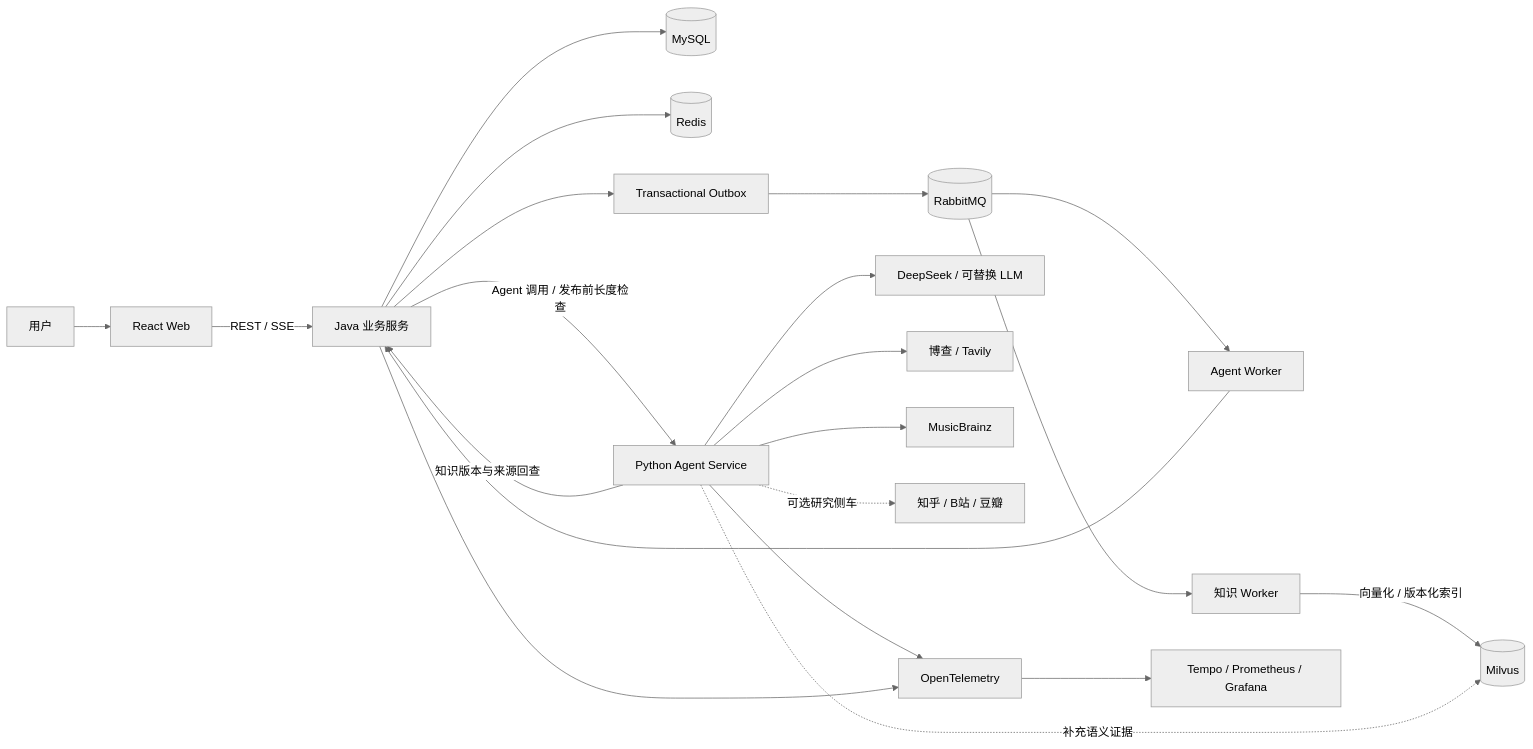
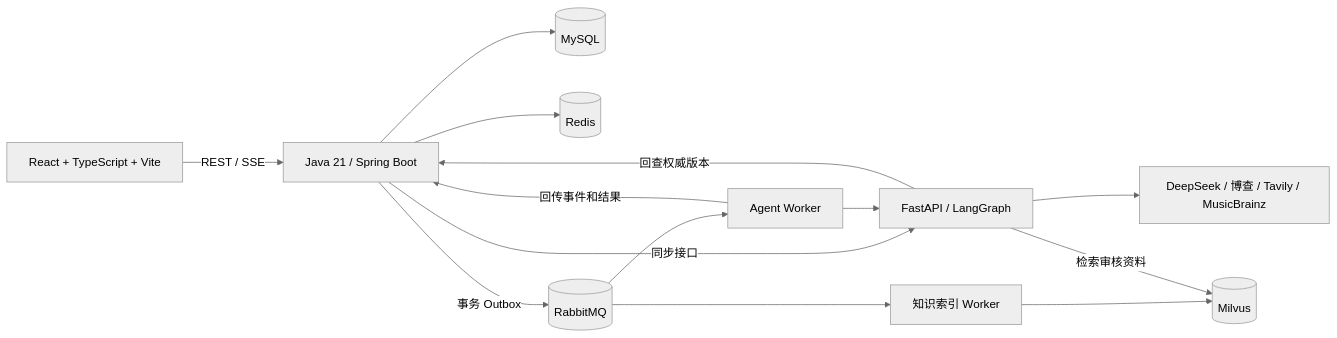
The diagram in README.md (garfieldra/ProjectChuanZhi), drawn with Mermaid (neutral theme) before and after one commit. The commit also changed other lines of this file, not shown here.

````diff
--- a/README.md
+++ b/README.md
@@ -108,26 +31,16 @@
 ```mermaid
 flowchart LR
-    U[用户] --> W[React Web]
-    W -->|REST / SSE| J[Java 业务服务]
-
-    J --> DB[(MySQL)]
-    J --> R[(Redis)]
-    J --> O[Transactional Outbox]
-    O --> MQ[(RabbitMQ)]
-    MQ --> AW[Agent Worker]
-    J -->|Agent 调用 / 发布前长度检查| A[Python Agent Service]
-    MQ --> KW[知识 Worker]
-    KW -->|向量化 / 版本化索引| V[(Milvus)]
-    A -->|知识版本与来源回查| J
-
-    A --> L[DeepSeek / 可替换 LLM]
-    A --> S[博查 / Tavily]
-    A --> MB[MusicBrainz]
-    A -.补充语义证据.-> V
-    A -.可选研究侧车.-> CN[知乎 / B站 / 豆瓣]
-
-    AW --> J
-    A --> OT[OpenTelemetry]
-    J --> OT
-    OT --> OBS[Tempo / Prometheus / Grafana]
+    Web["React + TypeScript + Vite"] -->|REST / SSE| Java["Java 21 / Spring Boot"]
+    Java --> DB[("MySQL")]
+    Java --> Redis[("Redis")]
+    Java -->|事务 Outbox| Queue[("RabbitMQ")]
+    Java -->|同步接口| Agent["FastAPI / LangGraph"]
+    Queue --> Worker["Agent Worker"]
+    Worker --> Agent
+    Worker -->|回传事件和结果| Java
+    Agent --> Tools["DeepSeek / 博查 / Tavily / MusicBrainz"]
+    Queue --> Knowledge["知识索引 Worker"]
+    Knowledge --> Milvus[("Milvus")]
+    Agent -->|检索审核资料| Milvus
+    Agent -->|回查权威版本| Java
 ```
````
